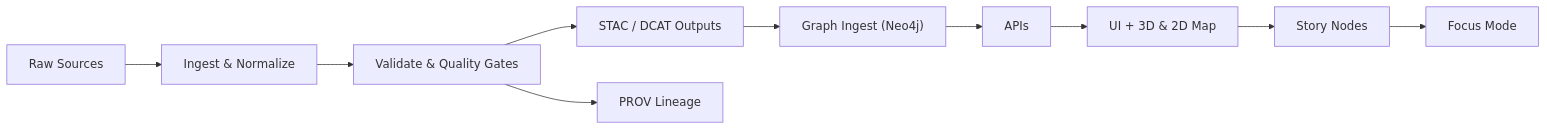
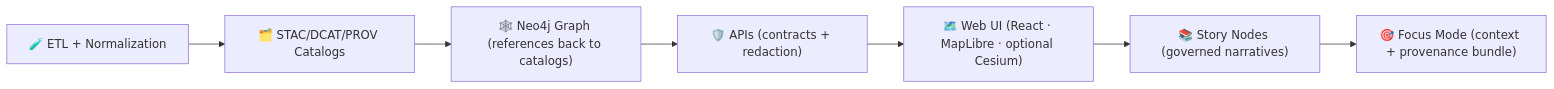
One commit to bartytime4life/Kansas-Frontier-Matrix changed the diagram in pipelines/README.md. Above: the diagram before and after it, drawn with Mermaid. The commit also changed other lines of this file, not shown here.

````diff
--- a/pipelines/README.md
+++ b/pipelines/README.md
@@ -64,12 +128,9 @@
 ```mermaid
 flowchart LR
-  A["Raw Sources"] --> B["Ingest & Normalize"]
-  B --> C["Validate & Quality Gates"]
-  C --> D["STAC / DCAT Outputs"]
-  C --> E["PROV Lineage"]
-  D --> F["Graph Ingest (Neo4j)"]
-  F --> G["APIs"]
-  G --> H["UI + 3D & 2D Map"]
-  H --> I["Story Nodes"]
-  I --> J["Focus Mode"]
+  A["🧪 ETL + Normalization"] --> B["🗂️ STAC/DCAT/PROV Catalogs"]
+  B --> C["🕸️ Neo4j Graph (references back to catalogs)"]
+  C --> D["🛡️ APIs (contracts + redaction)"]
+  D --> E["🗺️ Web UI (React · MapLibre · optional Cesium)"]
+  E --> F["📚 Story Nodes (governed narratives)"]
+  F --> G["🎯 Focus Mode (context + provenance bundle)"]
 ```
````
